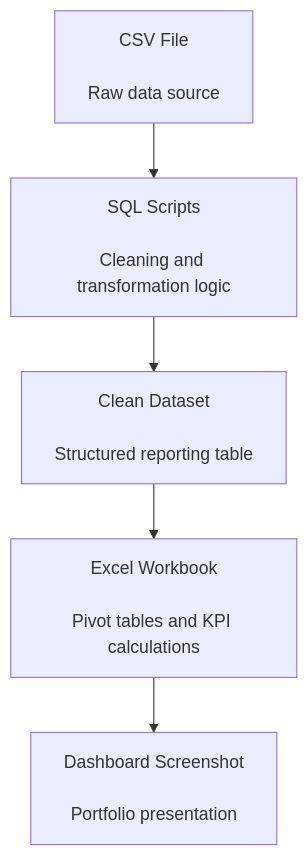
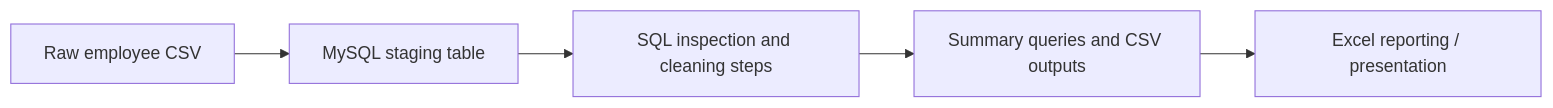
The diagram in README.md (darwincamacho/ETL_proyect), drawn with Mermaid before and after one commit. The commit also changed other lines of this file, not shown here.

Commit message:
docs: align ETL README with actual MySQL scripts, Excel workbook and screenshot

````diff
--- a/README.md
+++ b/README.md
@@ -180,13 +31,7 @@
 ```mermaid
-flowchart TD
-    A["CSV File<br/><br/>Raw data source"]
-    B["SQL Scripts<br/><br/>Cleaning and transformation logic"]
-    C["Clean Dataset<br/><br/>Structured reporting table"]
-    D["Excel Workbook<br/><br/>Pivot tables and KPI calculations"]
-    E["Dashboard Screenshot<br/><br/>Portfolio presentation"]
-
-    A --> B
-    B --> C
-    C --> D
-    D --> E
+flowchart LR
+    A["Raw employee CSV"] --> B["MySQL staging table"]
+    B --> C["SQL inspection and cleaning steps"]
+    C --> D["Summary queries and CSV outputs"]
+    D --> E["Excel reporting / presentation"]
 ```
````
